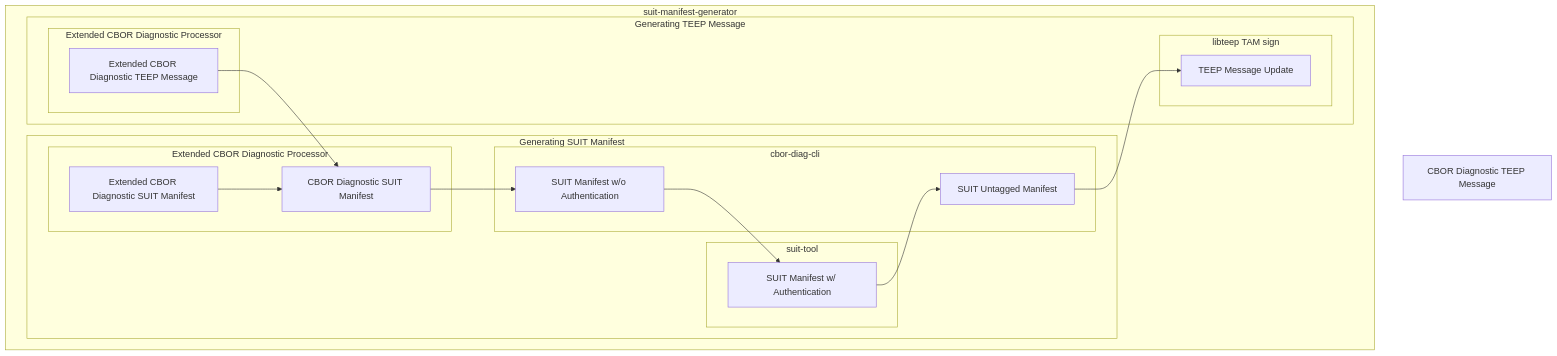
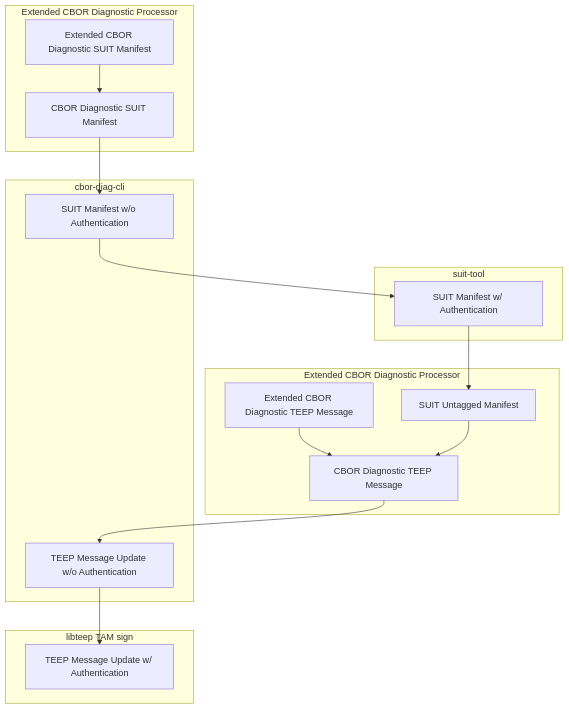
Before and after one commit to kentakayama/suit-manifest-generator: the diagram in README.md, drawn with Mermaid.

````diff
--- a/README.md
+++ b/README.md
@@ -20,43 +20,41 @@
 ``` mermaid
 graph TD
 
-TM[TEEP Message Update]
+TM[TEEP Message Update w/ Authentication]
+TM0[TEEP Message Update w/o Authentication]
 SUM[SUIT Untagged Manifest]
 
 SM[SUIT Manifest w/ Authentication]
-S0[SUIT Manifest w/o Authentication]
+SM0[SUIT Manifest w/o Authentication]
 DSM[CBOR Diagnostic SUIT Manifest]
 DTM[CBOR Diagnostic TEEP Message]
 EDSM[Extended CBOR Diagnostic SUIT Manifest]
 EDTM[Extended CBOR Diagnostic TEEP Message]
 
-subgraph suit-manifest-generator
-    subgraph Generating SUIT Manifest
-        subgraph Extended CBOR Diagnostic Processor
-            EDSM --> DSM
-        end
+subgraph Extended CBOR Diagnostic Processor
+    EDSM --> DSM
+end
 
-        subgraph cbor-diag-cli
-            DSM --> S0
-        end
+subgraph cbor-diag-cli
+    DSM --> SM0
+end
 
-        subgraph suit-tool
-            S0 --> SM
-        end
-    end
+subgraph suit-tool
+    SM0 --> SM
+end
 
-    subgraph Generating TEEP Message
-        subgraph Extended CBOR Diagnostic Processor
-            EDTM --> DSM
-        end
+SM --> SUM
 
-        subgraph cbor-diag-cli
-            SM --> SUM
-        end
+subgraph Extended CBOR Diagnostic Processor
+    EDTM --> DTM
+    SUM --> DTM
+end
 
-        subgraph libteep TAM sign
-            SUM --> TM
-        end
-    end
+subgraph cbor-diag-cli
+    DTM --> TM0
+end
+
+subgraph libteep TAM sign
+    TM0 --> TM
 end
 ```
````
